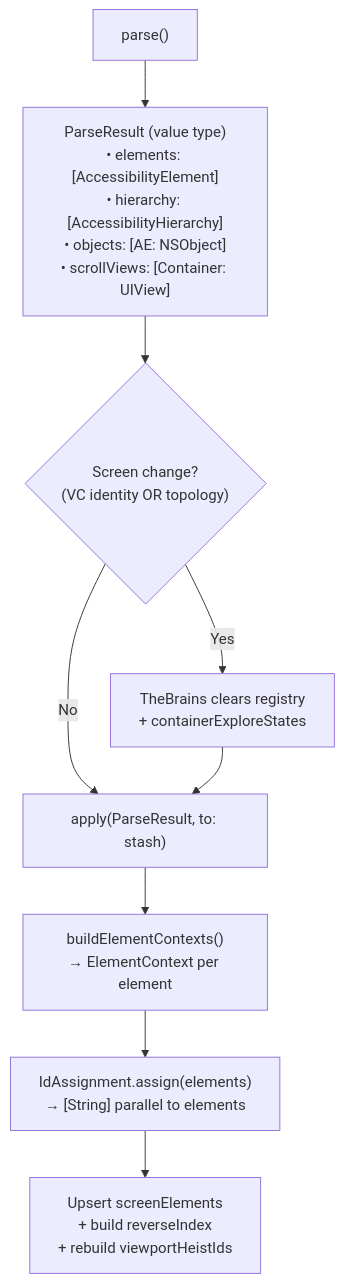
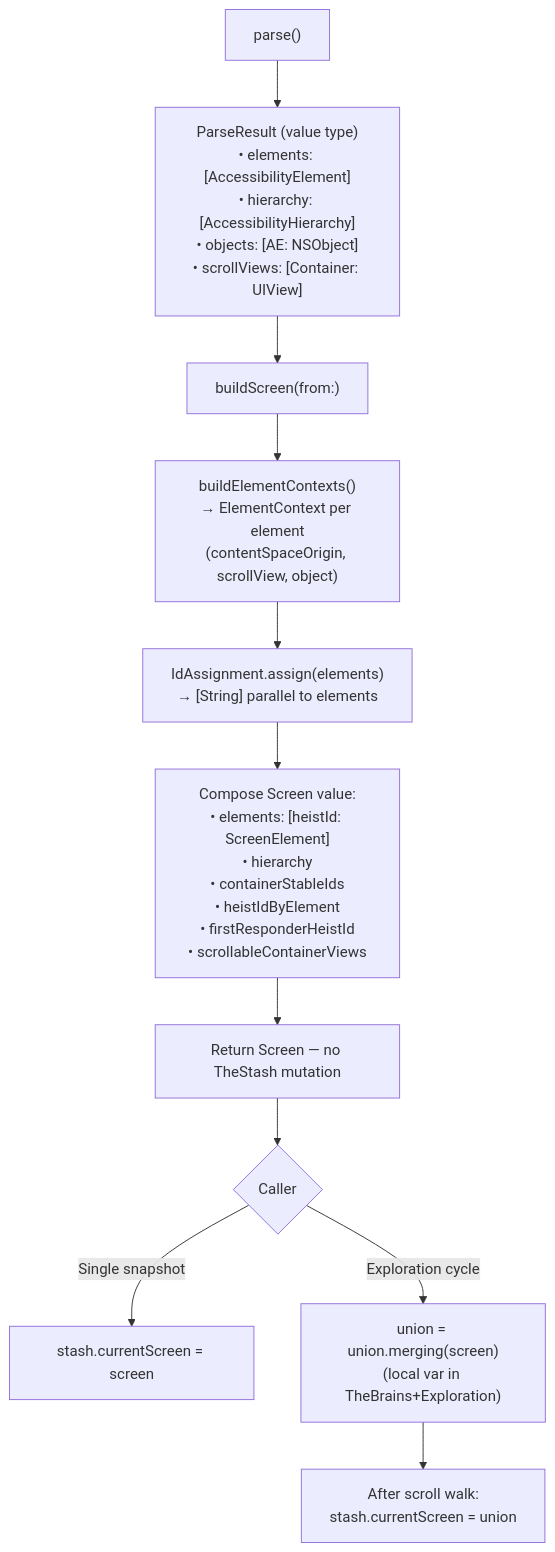
The diagram in docs/dossiers/10-THEBURGLAR.md (RoyalPineapple/TheButtonHeist), drawn with Mermaid before and after one commit. The commit also changed other lines of this file, not shown here.

First line of the commit message:
Rewrite dossier 10 (TheBurglar) for the 0.2.25 value-type pipeline

````diff
--- a/docs/dossiers/10-THEBURGLAR.md
+++ b/docs/dossiers/10-THEBURGLAR.md
@@ -21,14 +19,15 @@
 ```mermaid
 flowchart TD
     Parse["parse()"] --> PR["ParseResult (value type)<br/>• elements: [AccessibilityElement]<br/>• hierarchy: [AccessibilityHierarchy]<br/>• objects: [AE: NSObject]<br/>• scrollViews: [Container: UIView]"]
 
-    PR --> Detect{"Screen change?<br/>(VC identity OR topology)"}
-    Detect -->|Yes| Clear["TheBrains clears registry<br/>+ containerExploreStates"]
-    Detect -->|No| Apply
-    Clear --> Apply
+    PR --> Build["buildScreen(from:)"]
+    Build --> Walk["buildElementContexts()<br/>→ ElementContext per element<br/>(contentSpaceOrigin, scrollView, object)"]
+    Walk --> IDs["IdAssignment.assign(elements)<br/>→ [String] parallel to elements"]
+    IDs --> Compose["Compose Screen value:<br/>• elements: [heistId: ScreenElement]<br/>• hierarchy<br/>• containerStableIds<br/>• heistIdByElement<br/>• firstResponderHeistId<br/>• scrollableContainerViews"]
+    Compose --> Return["Return Screen — no TheStash mutation"]
 
-    Apply["apply(ParseResult, to: stash)"]
-    Apply --> Walk["buildElementContexts()<br/>→ ElementContext per element"]
-    Walk --> IDs["IdAssignment.assign(elements)<br/>→ [String] parallel to elements"]
-    IDs --> Upsert["Upsert screenElements<br/>+ build reverseIndex<br/>+ rebuild viewportHeistIds"]
+    Return --> Caller{Caller}
+    Caller -->|Single snapshot| Commit["stash.currentScreen = screen"]
+    Caller -->|Exploration cycle| Union["union = union.merging(screen)<br/>(local var in TheBrains+Exploration)"]
+    Union --> Final["After scroll walk:<br/>stash.currentScreen = union"]
 ```
````
